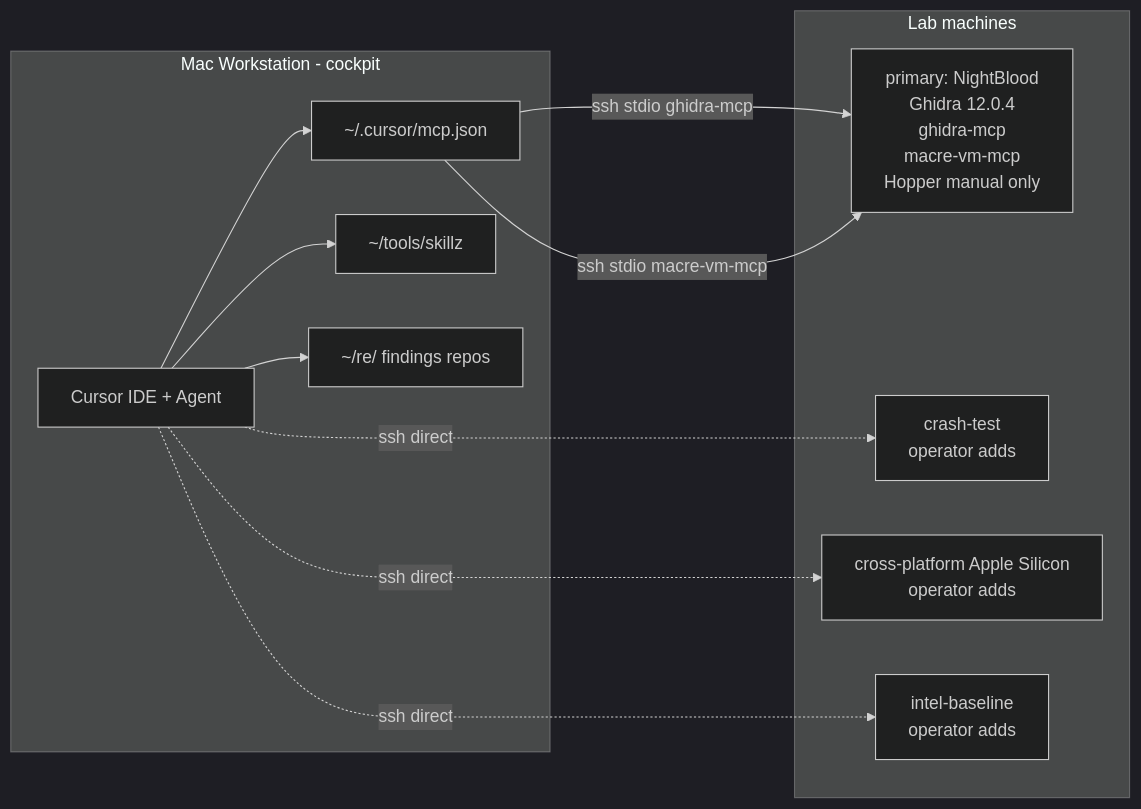
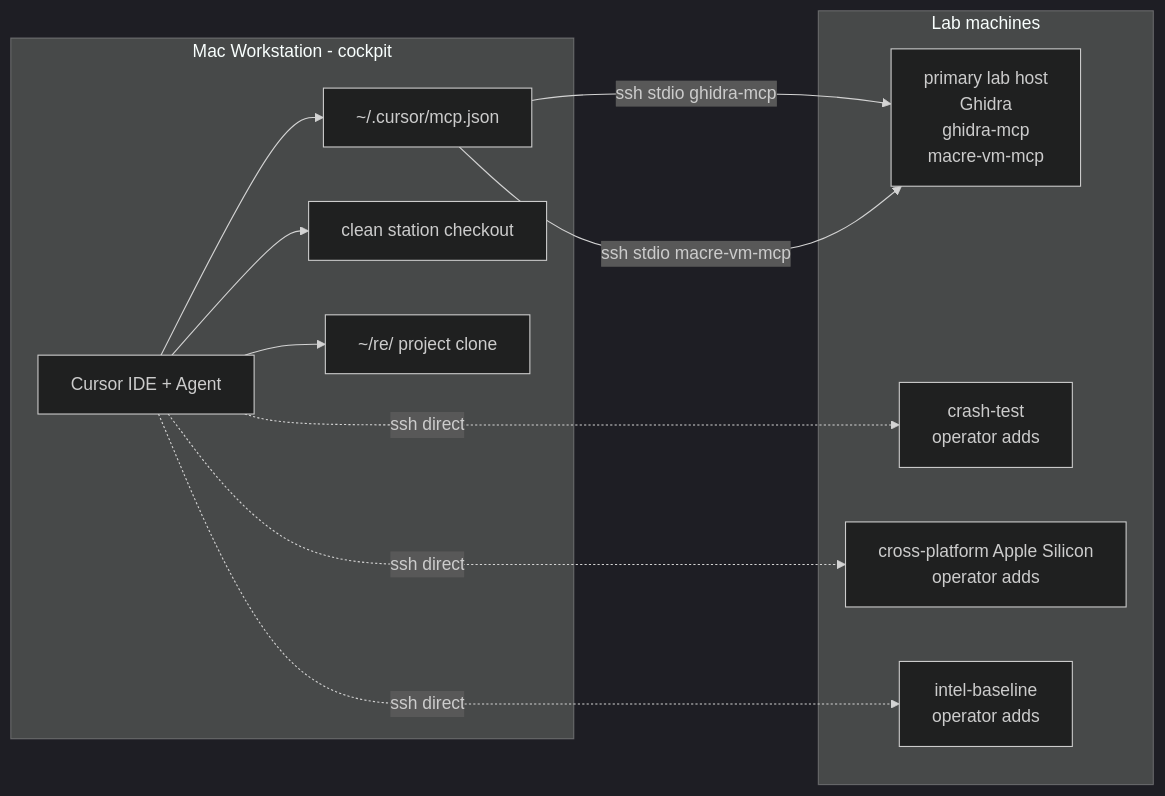
Before and after one commit to UnsaltedHash42/mac-reversing-station: the diagram in docs/topology.md, drawn with Mermaid (dark theme). The commit also changed other lines of this file and 43 other files, not shown here.

````diff
--- a/docs/topology.md
+++ b/docs/topology.md
@@ -7,25 +7,25 @@
 ```mermaid
 flowchart LR
     subgraph Workstation["Mac Workstation - cockpit"]
         Cursor["Cursor IDE + Agent"]
         MCP["~/.cursor/mcp.json"]
-        Skillz["~/tools/skillz"]
-        Findings["~/re/<program> findings repos"]
+        Template["clean station checkout"]
+        Project["~/re/<project> project clone"]
     end
 
     subgraph Lab["Lab machines"]
-        Primary["primary: NightBlood<br/>Ghidra 12.0.4<br/>ghidra-mcp<br/>macre-vm-mcp<br/>Hopper manual only"]
+        Primary["primary lab host<br/>Ghidra<br/>ghidra-mcp<br/>macre-vm-mcp"]
         Crash["crash-test<br/>operator adds"]
         Cross["cross-platform Apple Silicon<br/>operator adds"]
         Intel["intel-baseline<br/>operator adds"]
     end
 
     Cursor --> MCP
     MCP -->|"ssh stdio ghidra-mcp"| Primary
     MCP -->|"ssh stdio macre-vm-mcp"| Primary
-    Cursor --> Skillz
-    Cursor --> Findings
+    Cursor --> Template
+    Cursor --> Project
     Cursor -.->|"ssh direct"| Crash
     Cursor -.->|"ssh direct"| Cross
     Cursor -.->|"ssh direct"| Intel
 ```
````
